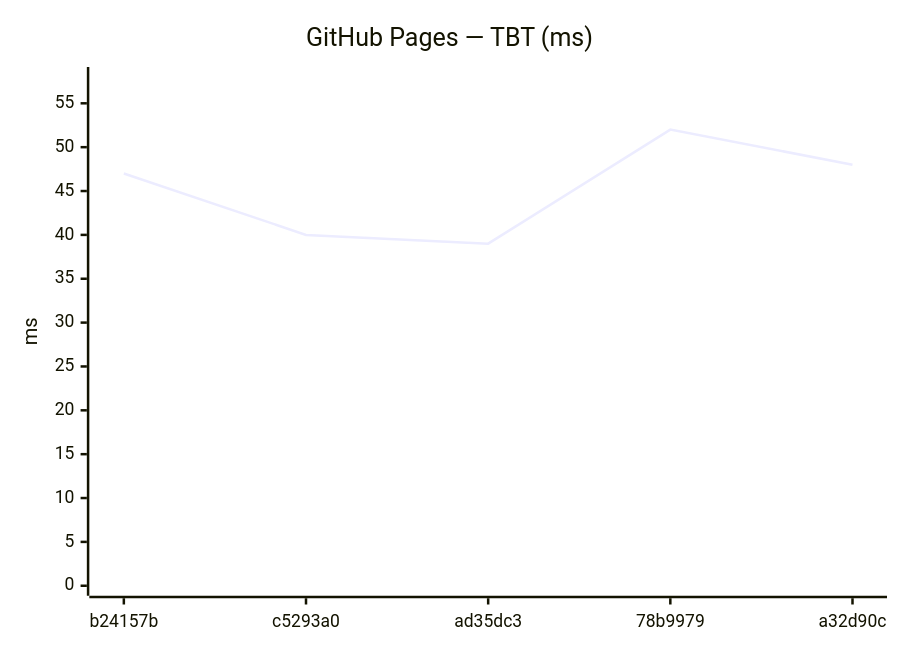
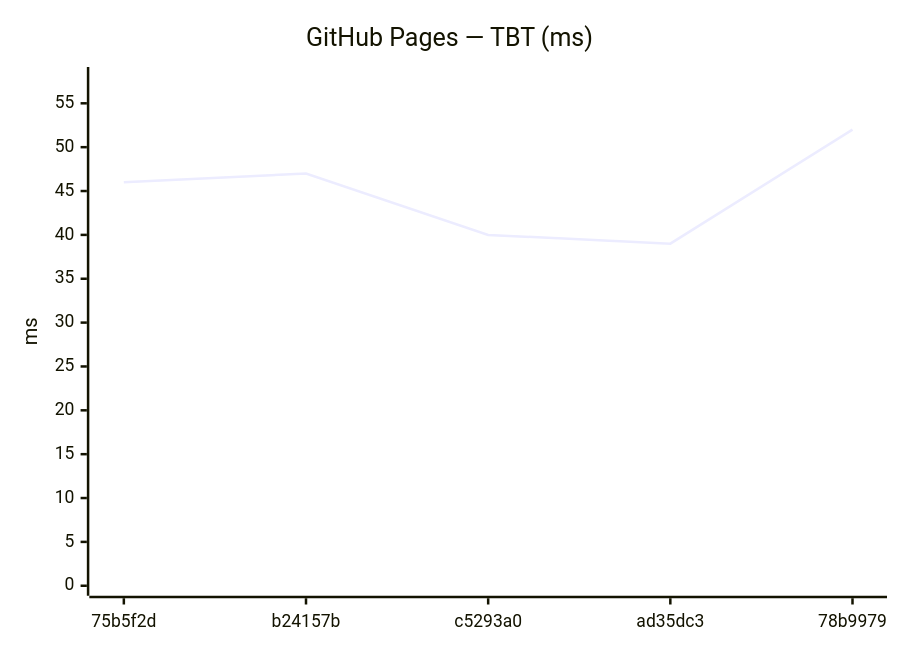
One commit to Metaheurist/Rianell changed diagram 12 of 24 in benchmarks/compare.md. Above: the diagram before and after it, drawn with Mermaid. The commit also changed other lines of this file and 14 other files, not shown here.

````diff
--- a/benchmarks/compare.md
+++ b/benchmarks/compare.md
@@ -176,7 +176,7 @@
 ```mermaid
 xychart-beta
     title "GitHub Pages — TBT (ms)"
-    x-axis ["b24157b", "c5293a0", "ad35dc3", "78b9979", "a32d90c"]
+    x-axis ["75b5f2d", "b24157b", "c5293a0", "ad35dc3", "78b9979"]
     y-axis "ms" 0 --> 58
-    line [47, 40, 39, 52, 48]
+    line [46, 47, 40, 39, 52]
 ```
````
